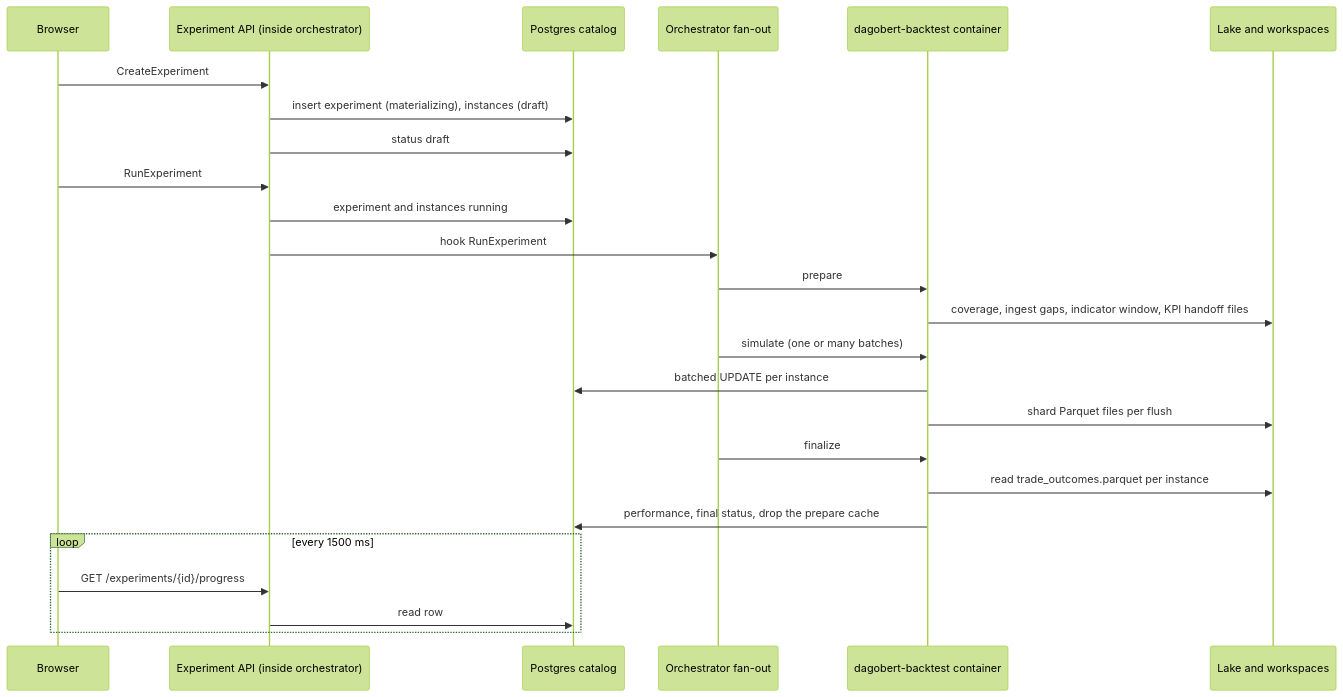
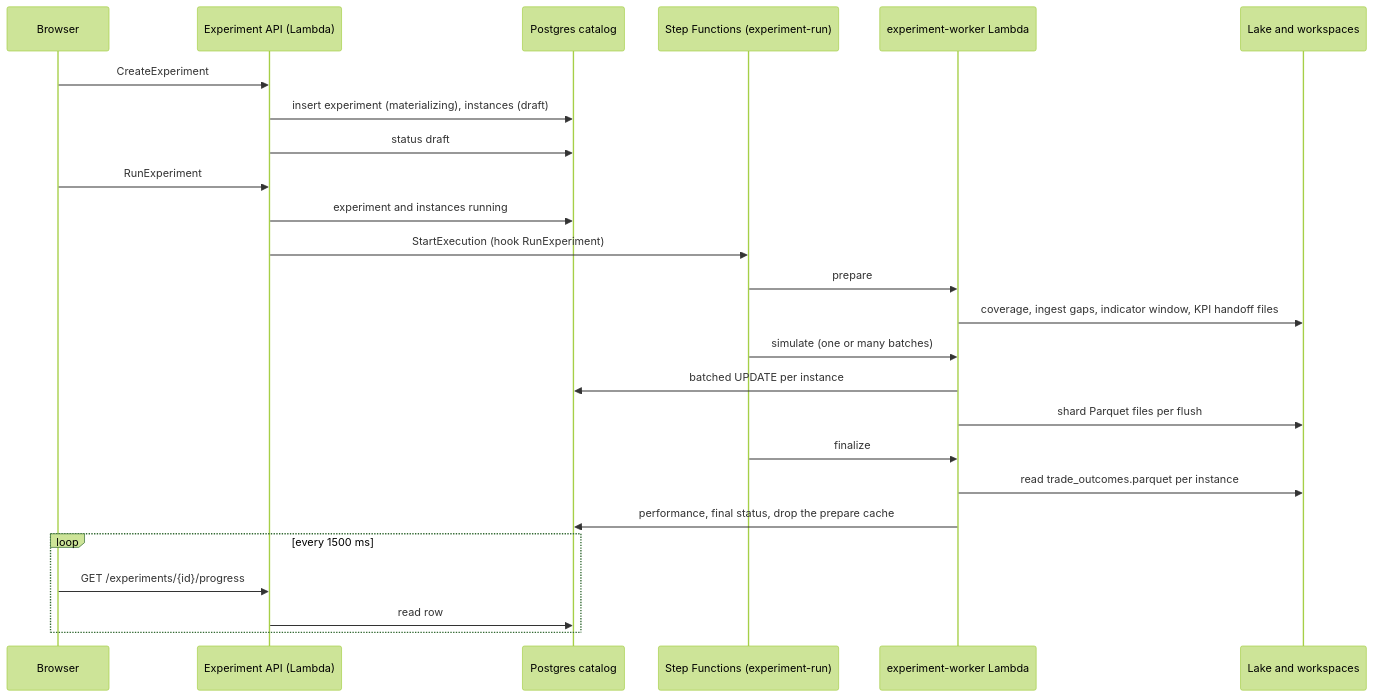
Before and after one commit to MaxBernstetter/dagobert: the first of 4 diagrams in docs/architecture/experiment-data-flow.md, drawn with Mermaid (forest theme). The commit also changed other lines of this file and 59 other files, not shown here.

````diff
--- a/docs/architecture/experiment-data-flow.md
+++ b/docs/architecture/experiment-data-flow.md
@@ -10,27 +10,27 @@
 ```mermaid
 sequenceDiagram
     participant B as Browser
-    participant A as Experiment API (inside orchestrator)
+    participant A as Experiment API (Lambda)
     participant P as Postgres catalog
-    participant O as Orchestrator fan-out
-    participant W as dagobert-backtest container
+    participant O as Step Functions (experiment-run)
+    participant W as experiment-worker Lambda
     participant L as Lake and workspaces
     B->>A: CreateExperiment
     A->>P: insert experiment (materializing), instances (draft)
     A->>P: status draft
     B->>A: RunExperiment
     A->>P: experiment and instances running
-    A->>O: hook RunExperiment
+    A->>O: StartExecution (hook RunExperiment)
     O->>W: prepare
     W->>L: coverage, ingest gaps, indicator window, KPI handoff files
     O->>W: simulate (one or many batches)
     W->>P: batched UPDATE per instance
     W->>L: shard Parquet files per flush
     O->>W: finalize
     W->>L: read trade_outcomes.parquet per instance
     W->>P: performance, final status, drop the prepare cache
     loop every 1500 ms
         B->>A: GET /experiments/{id}/progress
         A->>P: read row
     end
 ```
````
